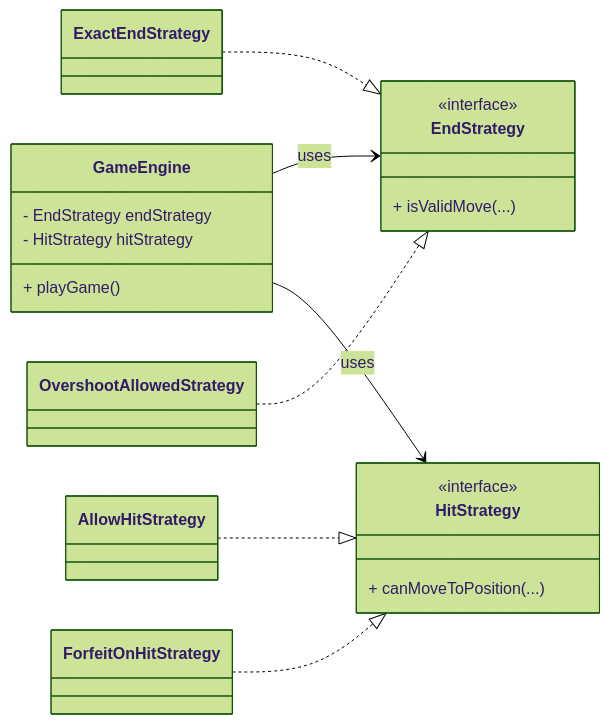
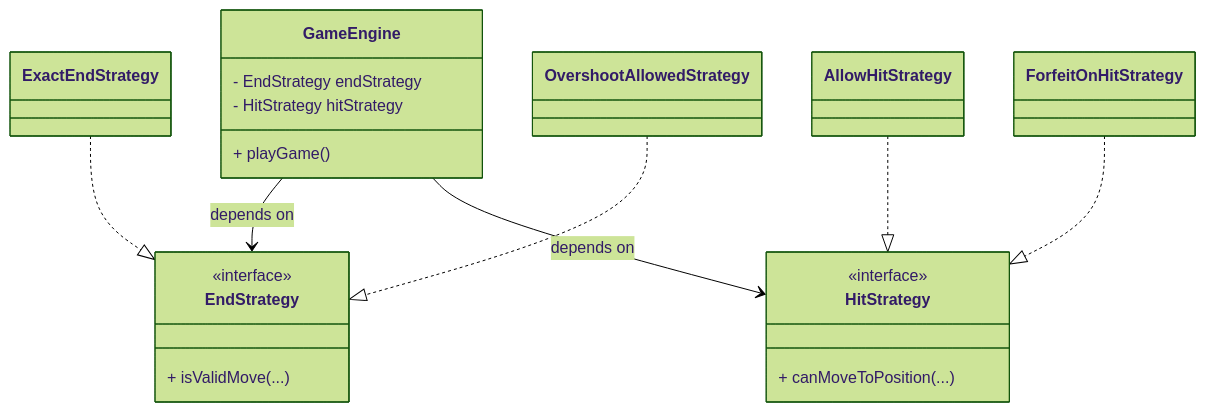
Before and after one commit to daniel140280/Daniel_Hall_23748364: the third of 8 diagrams in README.md, drawn with Mermaid (forest theme).

Commit message:
README 16 Jan 5

````diff
--- a/README.md
+++ b/README.md
@@ -162,41 +162,39 @@
 ```mermaid
 classDiagram
-    direction LR
+    direction TB
 
+    %% Top Layer — High‑level module
     class GameEngine {
         - EndStrategy endStrategy
         - HitStrategy hitStrategy
         + playGame()
     }
 
-    %% Interfaces
+    %% Middle Layer — Abstractions (DIP)
     class EndStrategy {
         <<interface>>
         + isValidMove(...)
     }
 
     class HitStrategy {
         <<interface>>
         + canMoveToPosition(...)
     }
 
-    %% End Strategies
+    %% Bottom Layer — Concrete Implementations
     class ExactEndStrategy
     class OvershootAllowedStrategy
 
-    %% Hit Strategies
     class AllowHitStrategy
     class ForfeitOnHitStrategy
 
-    %% Engine depends on abstractions
-    GameEngine --> EndStrategy : uses
-    GameEngine --> HitStrategy : uses
+    %% Relationships
+    GameEngine --> EndStrategy : depends on
+    GameEngine --> HitStrategy : depends on
 
-    %% Implementations
     ExactEndStrategy ..|> EndStrategy
     OvershootAllowedStrategy ..|> EndStrategy
 
     AllowHitStrategy ..|> HitStrategy
     ForfeitOnHitStrategy ..|> HitStrategy
-
 ```
````
